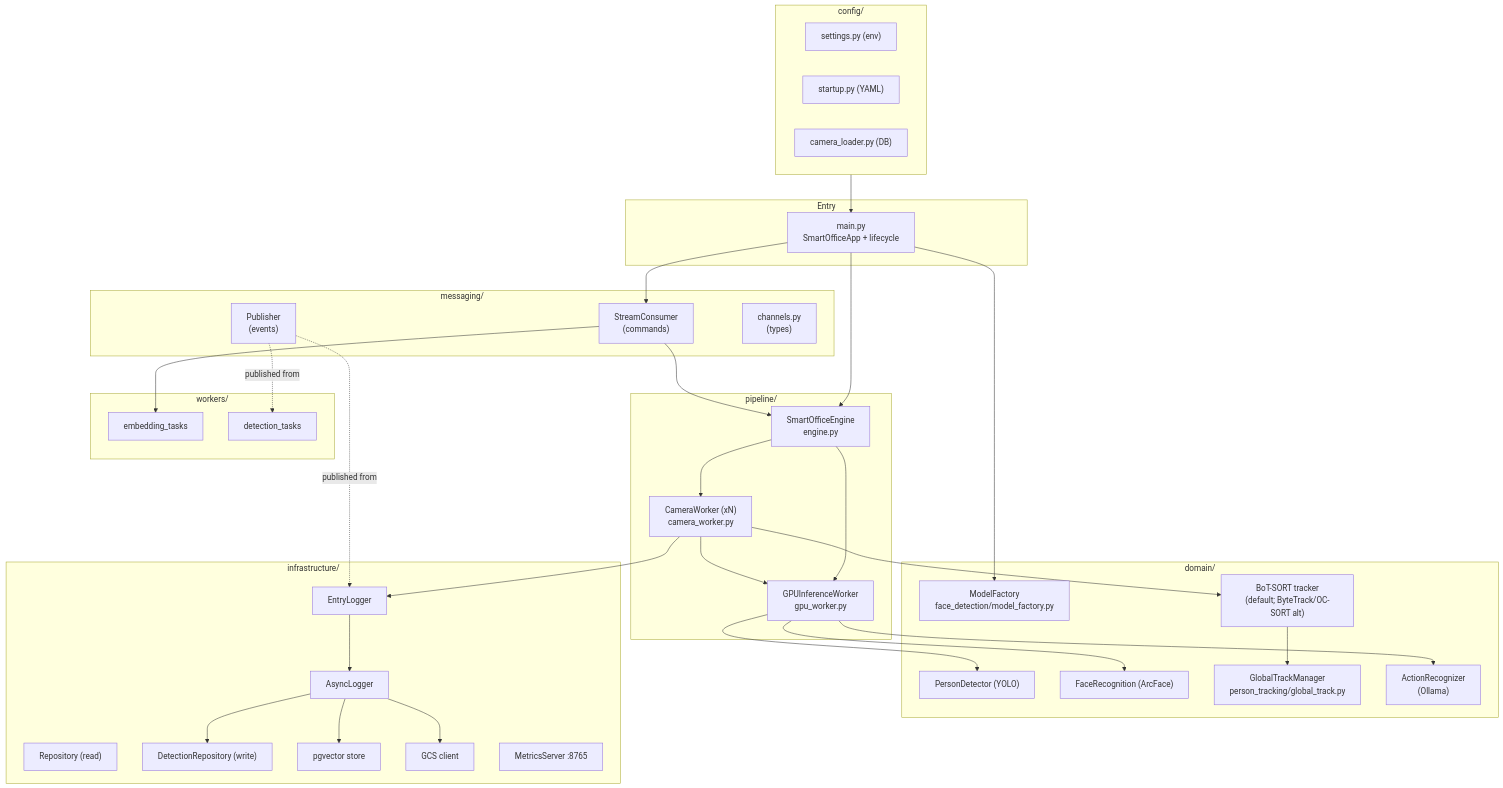
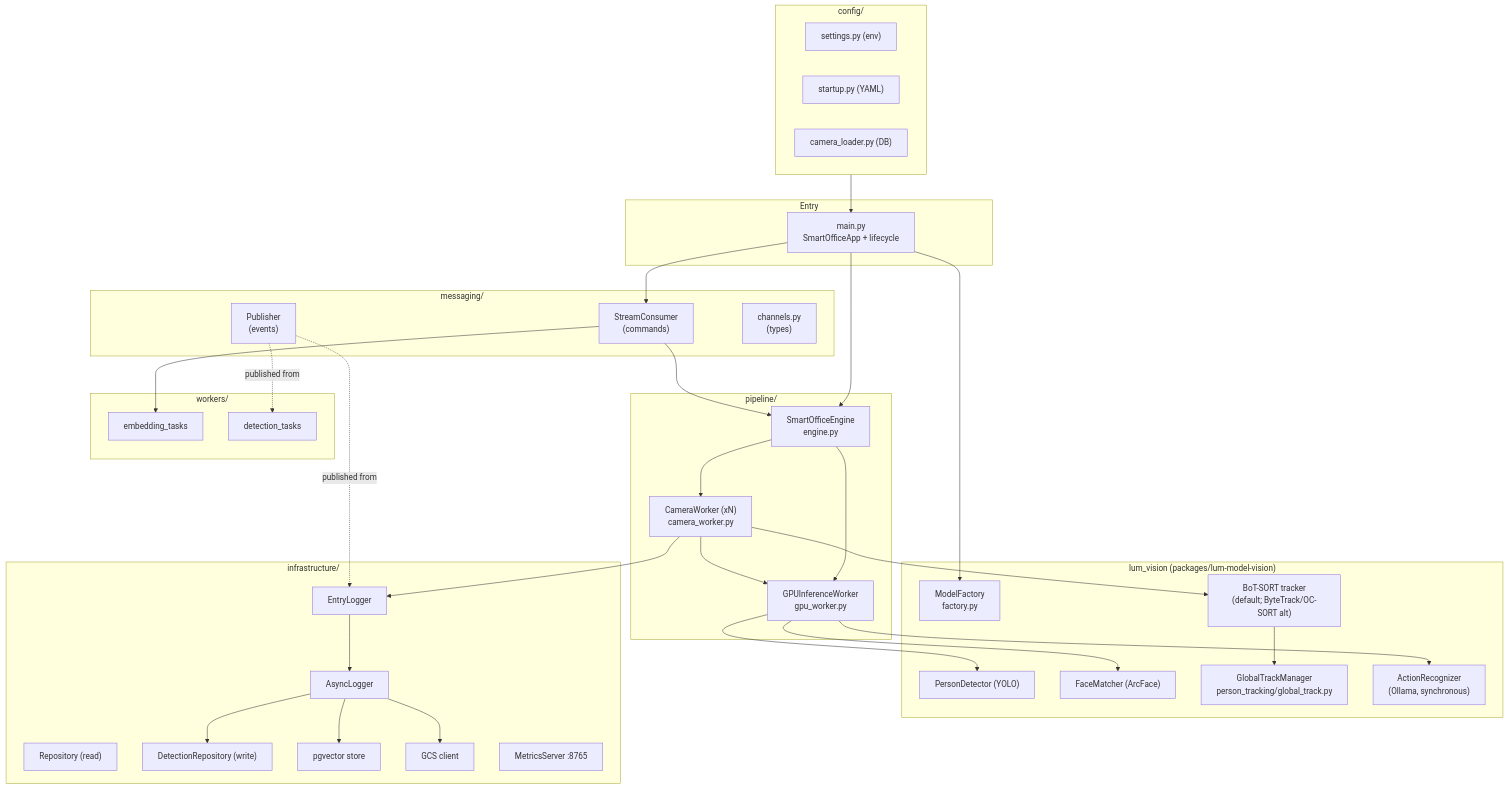
Before and after one commit to lumiohub-ai/lum-model-face-recognition: the second of 9 diagrams in docs/SERVICE_ARCHITECTURE.md, drawn with Mermaid. The commit also changed other lines of this file and 1 other file, not shown here.

Commit message:
docs(architecture): point model references at the lum_vision package
The module map and layer table still described ModelFactory, FaceRecognition
and the tracking models as living under src/domain/, which no longer exists.

- module map: the domain/ subgraph becomes lum_vision (packages/lum-model-vision)
- layer table: split into a Models row for the package and a Domain row for
  what actually remains in src/domain (calibration, which is DB-backed)
- rename FaceRecognition -> FaceMatcher, and note ActionRecognizer is now
  synchronous
- update file paths in ARCHITECTURE.md for the moved global_track modules

````diff
--- a/docs/SERVICE_ARCHITECTURE.md
+++ b/docs/SERVICE_ARCHITECTURE.md
@@ -53,70 +53,70 @@
 ```mermaid
 graph TB
     subgraph entry["Entry"]
         main["main.py<br/>SmartOfficeApp + lifecycle"]
     end
 
     subgraph pipeline["pipeline/"]
         engine["SmartOfficeEngine<br/>engine.py"]
         camw["CameraWorker (xN)<br/>camera_worker.py"]
         gpuw["GPUInferenceWorker<br/>gpu_worker.py"]
     end
 
-    subgraph domain["domain/"]
-        mf["ModelFactory<br/>face_detection/model_factory.py"]
+    subgraph models["lum_vision (packages/lum-model-vision)"]
+        mf["ModelFactory<br/>factory.py"]
         det["PersonDetector (YOLO)"]
-        face["FaceRecognition (ArcFace)"]
+        face["FaceMatcher (ArcFace)"]
         track["BoT-SORT tracker<br/>(default; ByteTrack/OC-SORT alt)"]
         gtm["GlobalTrackManager<br/>person_tracking/global_track.py"]
-        action["ActionRecognizer<br/>(Ollama)"]
+        action["ActionRecognizer<br/>(Ollama, synchronous)"]
     end
 
     subgraph msg["messaging/"]
         sc["StreamConsumer<br/>(commands)"]
         pub["Publisher<br/>(events)"]
         chans["channels.py<br/>(types)"]
     end
 
     subgraph workers["workers/"]
         emb["embedding_tasks"]
         dtt["detection_tasks"]
     end
 
     subgraph infra["infrastructure/"]
         repo["Repository (read)"]
         drepo["DetectionRepository (write)"]
         pgv["pgvector store"]
         gcs["GCS client"]
         elog["EntryLogger"]
         alog["AsyncLogger"]
         metrics["MetricsServer :8765"]
     end
 
     subgraph cfg["config/"]
         settings["settings.py (env)"]
         startup["startup.py (YAML)"]
         camload["camera_loader.py (DB)"]
     end
 
     main --> engine
     main --> sc
     main --> mf
     engine --> camw
     engine --> gpuw
     camw --> gpuw
     camw --> track
     camw --> elog
     gpuw --> det
     gpuw --> face
     gpuw --> action
     track --> gtm
     elog --> alog
     alog --> drepo
     alog --> pgv
     alog --> gcs
     sc --> engine
     sc --> emb
     pub -.->|published from| elog
     pub -.->|published from| dtt
     cfg --> main
 ```
````
